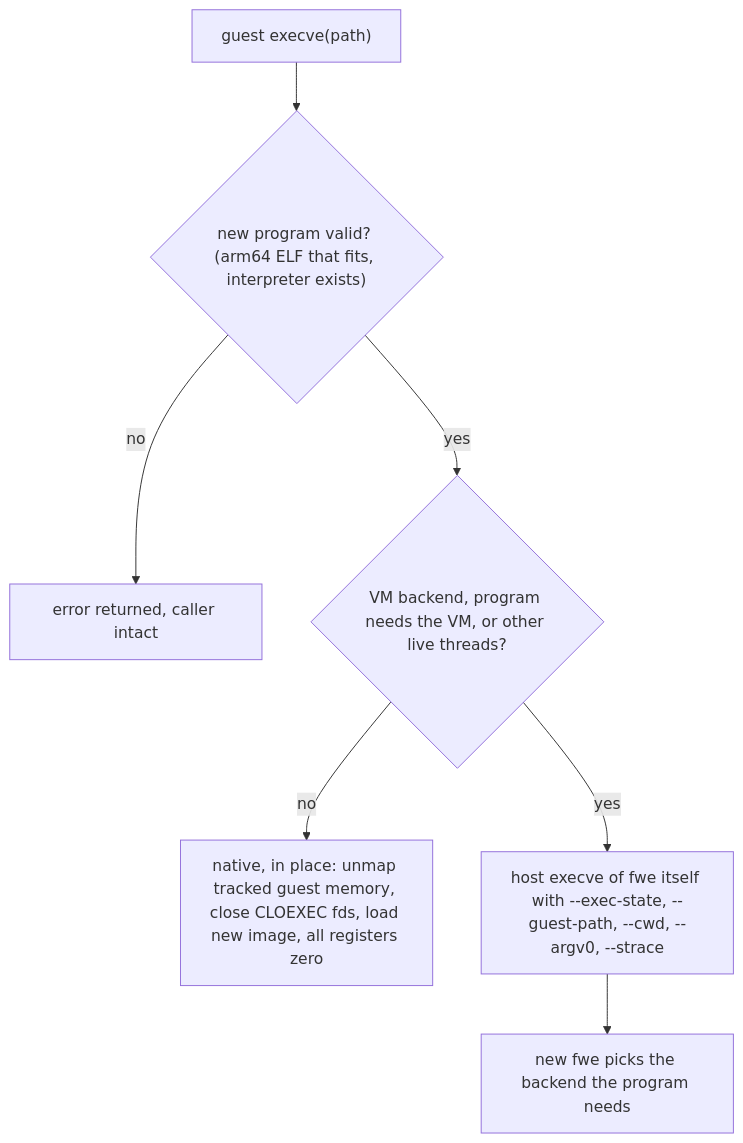
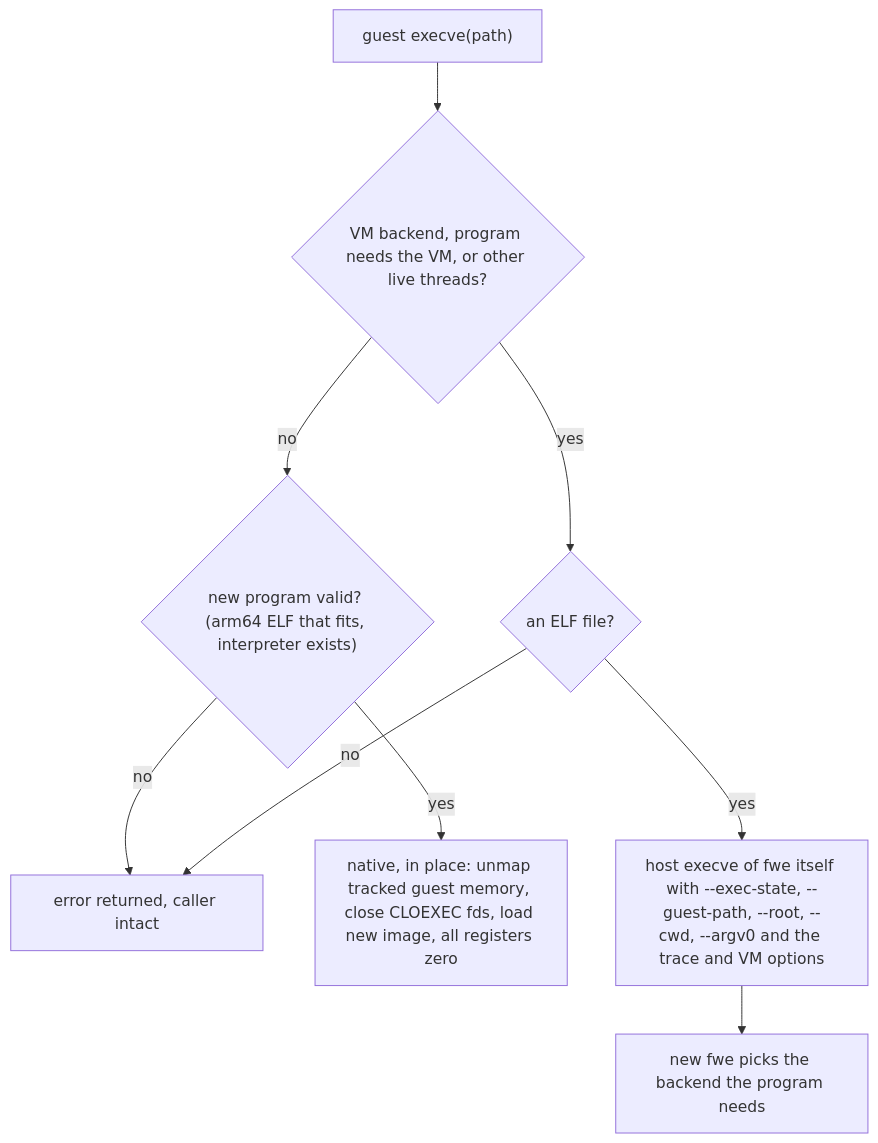
Before and after one commit to e6qu/fun-with-emulators: the seventh of 9 diagrams in docs/linux-on-macos.md, drawn with Mermaid. The commit also changed other lines of this file and 1 other file, not shown here.

Commit message:
docs: fix the fork and execve diagrams, translated-range edges and clone errors

````diff
--- a/docs/linux-on-macos.md
+++ b/docs/linux-on-macos.md
@@ -392,9 +401,11 @@
 ```mermaid
 flowchart TD
-    e["guest execve(path)"] --> chk{"new program valid? (arm64 ELF that fits, interpreter exists)"}
+    e["guest execve(path)"] --> how{"VM backend, program needs the VM, or other live threads?"}
+    how -- no --> chk{"new program valid? (arm64 ELF that fits, interpreter exists)"}
     chk -- no --> fail["error returned, caller intact"]
-    chk -- yes --> how{"VM backend, program needs the VM, or other live threads?"}
-    how -- no --> inplace["native, in place: unmap tracked guest memory, close CLOEXEC fds, load new image, all registers zero"]
-    how -- yes --> reexec["host execve of fwe itself with --exec-state, --guest-path, --cwd, --argv0, --strace"]
+    chk -- yes --> inplace["native, in place: unmap tracked guest memory, close CLOEXEC fds, load new image, all registers zero"]
+    how -- yes --> elf{"an ELF file?"}
+    elf -- no --> fail
+    elf -- yes --> reexec["host execve of fwe itself with --exec-state, --guest-path, --root, --cwd, --argv0 and the trace and VM options"]
     reexec --> pick["new fwe picks the backend the program needs"]
 ```
````
